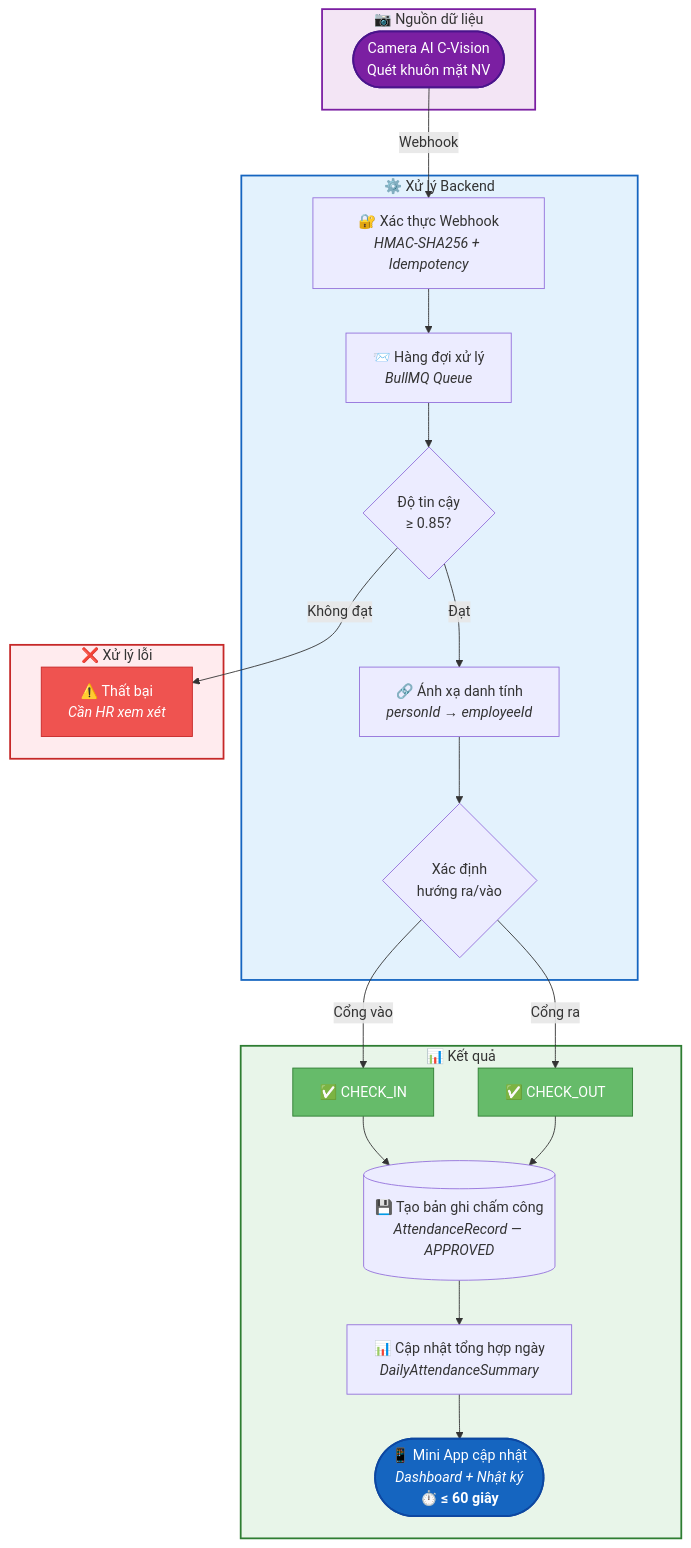
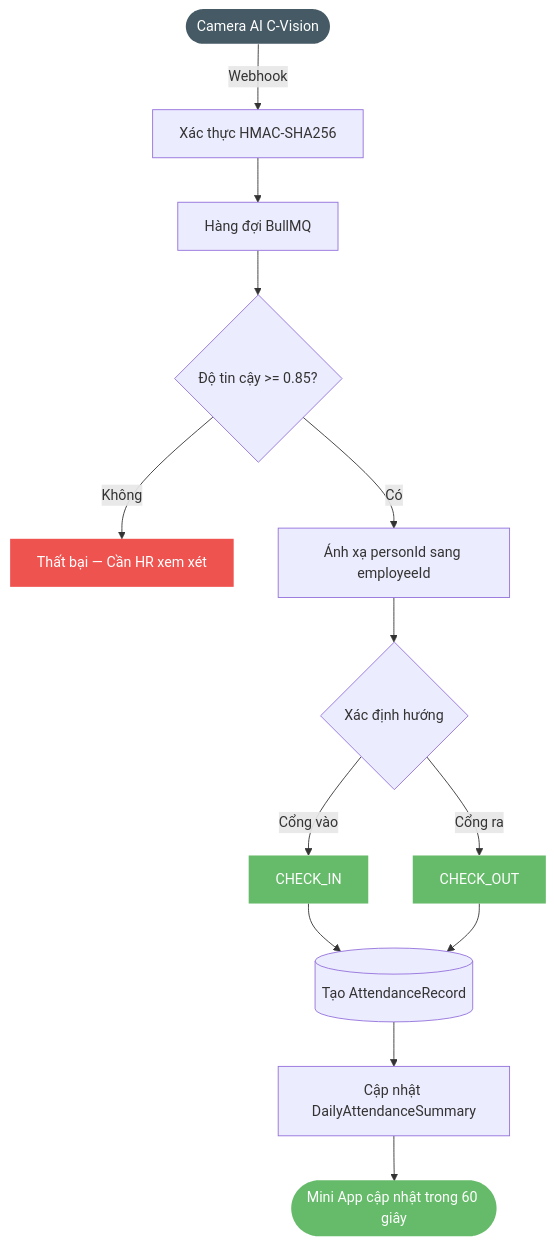
The first of 2 diagrams in outputs/mini-app-cham-cong/2.11-Mini-app/2.11.1.-Chấm-công-và-Nhật-ký-chấm-công/README.md (olbboy/BA-Kit), drawn with Mermaid before and after one commit. The commit also changed other lines of this file and 5 other files, not shown here.

First line of the commit message:
style: simplify all Mermaid diagrams — clean professional look

````diff
--- a/outputs/mini-app-cham-cong/2.11-Mini-app/2.11.1.-Chấm-công-và-Nhật-ký-chấm-công/README.md
+++ b/outputs/mini-app-cham-cong/2.11-Mini-app/2.11.1.-Chấm-công-và-Nhật-ký-chấm-công/README.md
@@ -23,48 +23,22 @@
 ```mermaid
 graph TD
-    subgraph input [" 📷 Nguồn dữ liệu "]
-        A(["Camera AI C-Vision<br/>Quét khuôn mặt NV"])
-    end
+    A([Camera AI C-Vision]) -->|Webhook| B[Xác thực HMAC-SHA256]
+    B --> C[Hàng đợi BullMQ]
+    C --> D{Độ tin cậy >= 0.85?}
+    D -->|Không| E[Thất bại — Cần HR xem xét]
+    D -->|Có| F[Ánh xạ personId sang employeeId]
+    F --> G{Xác định hướng}
+    G -->|Cổng vào| H[CHECK_IN]
+    G -->|Cổng ra| I[CHECK_OUT]
+    H & I --> J[(Tạo AttendanceRecord)]
+    J --> K[Cập nhật DailyAttendanceSummary]
+    K --> L([Mini App cập nhật trong 60 giây])
 
-    subgraph processing [" ⚙️ Xử lý Backend "]
-        B["🔐 Xác thực Webhook<br/><i>HMAC-SHA256 + Idempotency</i>"]
-        C["📨 Hàng đợi xử lý<br/><i>BullMQ Queue</i>"]
-        D{"Độ tin cậy<br/>≥ 0.85?"}
-        F["🔗 Ánh xạ danh tính<br/><i>personId → employeeId</i>"]
-        G{"Xác định<br/>hướng ra/vào"}
-    end
+    classDef start fill:#455A64,color:#fff,stroke-width:0
+    classDef fail fill:#EF5350,color:#fff,stroke-width:0
+    classDef ok fill:#66BB6A,color:#fff,stroke-width:0
 
-    subgraph result [" 📊 Kết quả "]
-        H["✅ CHECK_IN"]
-        I["✅ CHECK_OUT"]
-        J[("💾 Tạo bản ghi chấm công<br/><i>AttendanceRecord — APPROVED</i>")]
-        K["📊 Cập nhật tổng hợp ngày<br/><i>DailyAttendanceSummary</i>"]
-        L(["📱 Mini App cập nhật<br/><i>Dashboard + Nhật ký</i><br/><b>⏱️ ≤ 60 giây</b>"])
-    end
-
-    subgraph error [" ❌ Xử lý lỗi "]
-        E["⚠️ Thất bại<br/><i>Cần HR xem xét</i>"]
-    end
-
-    A -->|"Webhook"| B --> C --> D
-    D -->|"Không đạt"| E
-    D -->|"Đạt"| F --> G
-    G -->|"Cổng vào"| H
-    G -->|"Cổng ra"| I
-    H & I --> J --> K --> L
-
-    style input fill:#F3E5F5,stroke:#7B1FA2,stroke-width:2px
-    style processing fill:#E3F2FD,stroke:#1565C0,stroke-width:2px
-    style result fill:#E8F5E9,stroke:#2E7D32,stroke-width:2px
-    style error fill:#FFEBEE,stroke:#C62828,stroke-width:2px
-
-    classDef camera fill:#7B1FA2,color:#fff,stroke:#4A148C,stroke-width:2px
-    classDef fail fill:#EF5350,color:#fff,stroke:#C62828
-    classDef ok fill:#66BB6A,color:#fff,stroke:#2E7D32
-    classDef app fill:#1565C0,color:#fff,stroke:#0D47A1,stroke-width:2px
-
-    class A camera
+    class A start
     class E fail
-    class H,I ok
-    class L app
+    class H,I,L ok
 ```
````
